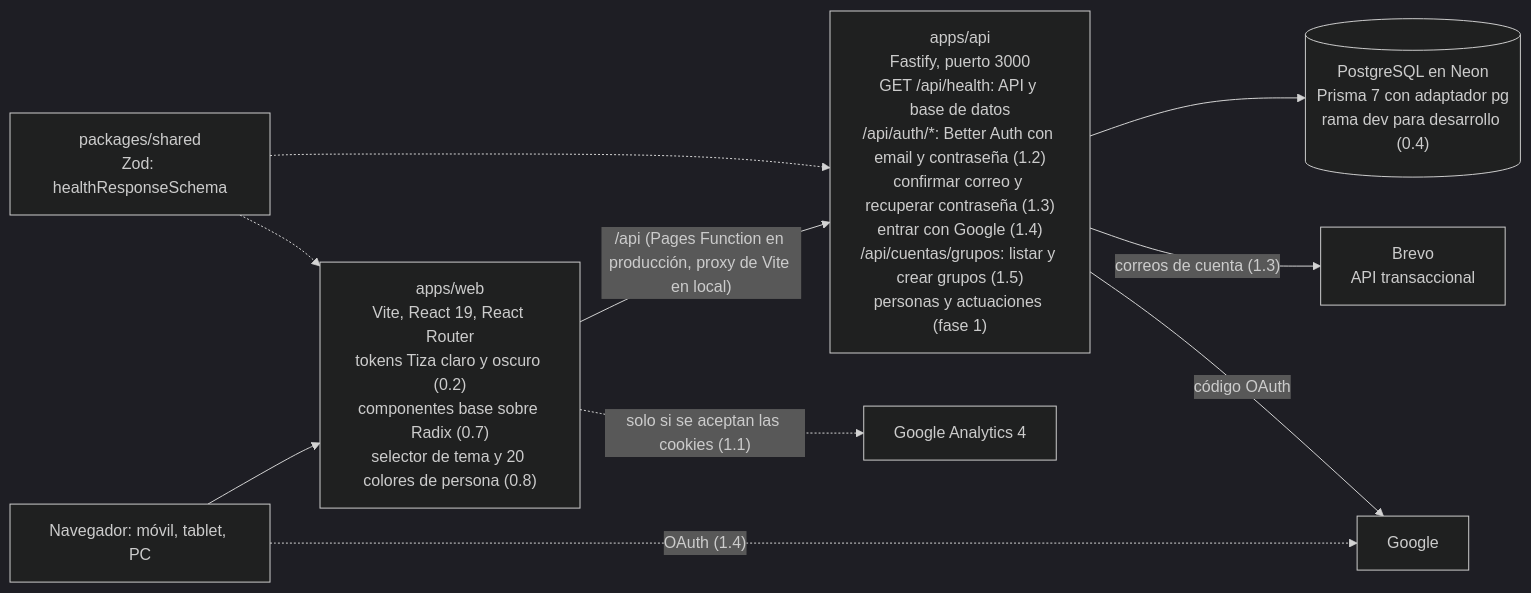
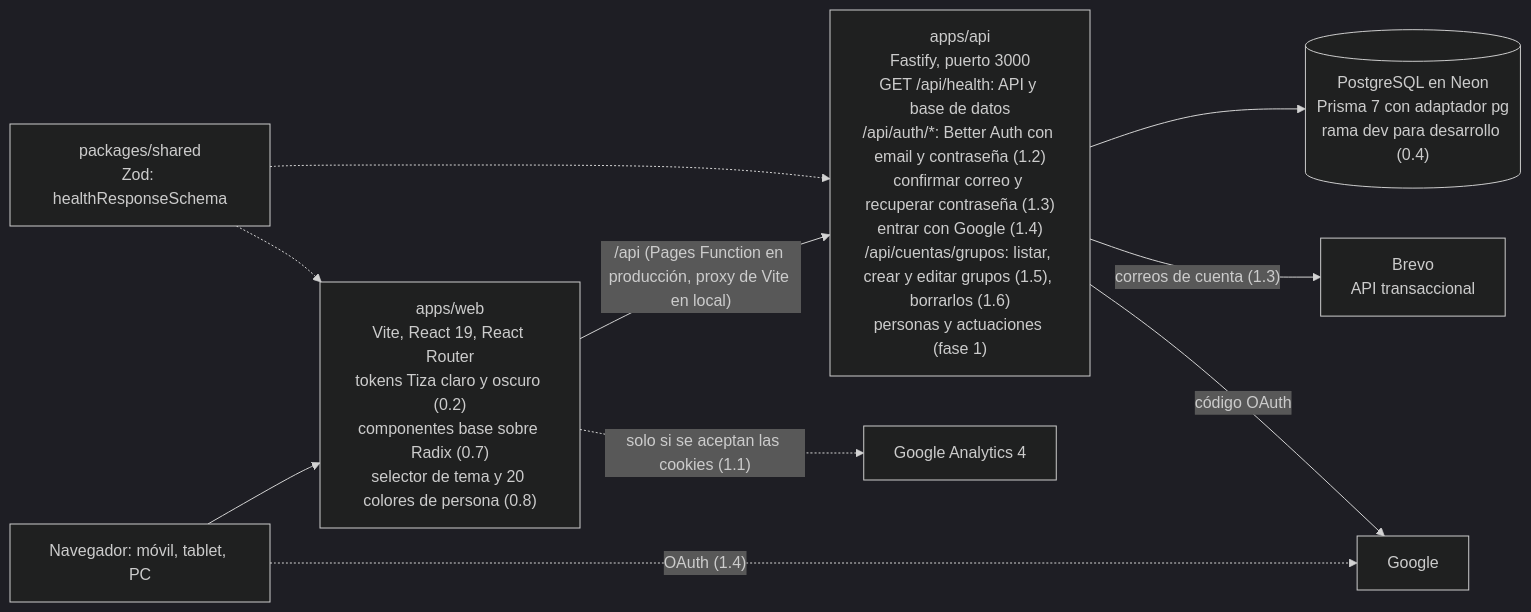
Before and after one commit to juananmgz/cuadrocorrocalle: the diagram in documentation/architecture.md, drawn with Mermaid (dark theme). The commit also changed 14 other files, not shown here.

````diff
--- a/documentation/architecture.md
+++ b/documentation/architecture.md
@@ -7,12 +7,12 @@
 ```mermaid
 flowchart LR
   U["Navegador: móvil, tablet, PC"] --> W["apps/web<br>Vite, React 19, React Router<br>tokens Tiza claro y oscuro (0.2)<br>componentes base sobre Radix (0.7)<br>selector de tema y 20 colores de persona (0.8)"]
-  W -->|"/api (Pages Function en producción, proxy de Vite en local)"| A["apps/api<br>Fastify, puerto 3000<br>GET /api/health: API y base de datos<br>/api/auth/*: Better Auth con email y contraseña (1.2)<br>confirmar correo y recuperar contraseña (1.3)<br>entrar con Google (1.4)<br>/api/cuentas/grupos: listar y crear grupos (1.5)<br>personas y actuaciones (fase 1)"]
+  W -->|"/api (Pages Function en producción, proxy de Vite en local)"| A["apps/api<br>Fastify, puerto 3000<br>GET /api/health: API y base de datos<br>/api/auth/*: Better Auth con email y contraseña (1.2)<br>confirmar correo y recuperar contraseña (1.3)<br>entrar con Google (1.4)<br>/api/cuentas/grupos: listar, crear y editar grupos (1.5), borrarlos (1.6)<br>personas y actuaciones (fase 1)"]
   A --> D[("PostgreSQL en Neon<br>Prisma 7 con adaptador pg<br>rama dev para desarrollo (0.4)")]
   W -.->|"solo si se aceptan las cookies (1.1)"| GA["Google Analytics 4"]
   A -->|"correos de cuenta (1.3)"| BR["Brevo<br>API transaccional"]
   U -.->|"OAuth (1.4)"| GO["Google"]
   A -->|"código OAuth"| GO
   S["packages/shared<br>Zod: healthResponseSchema"] -.-> W
   S -.-> A
 ```
````
